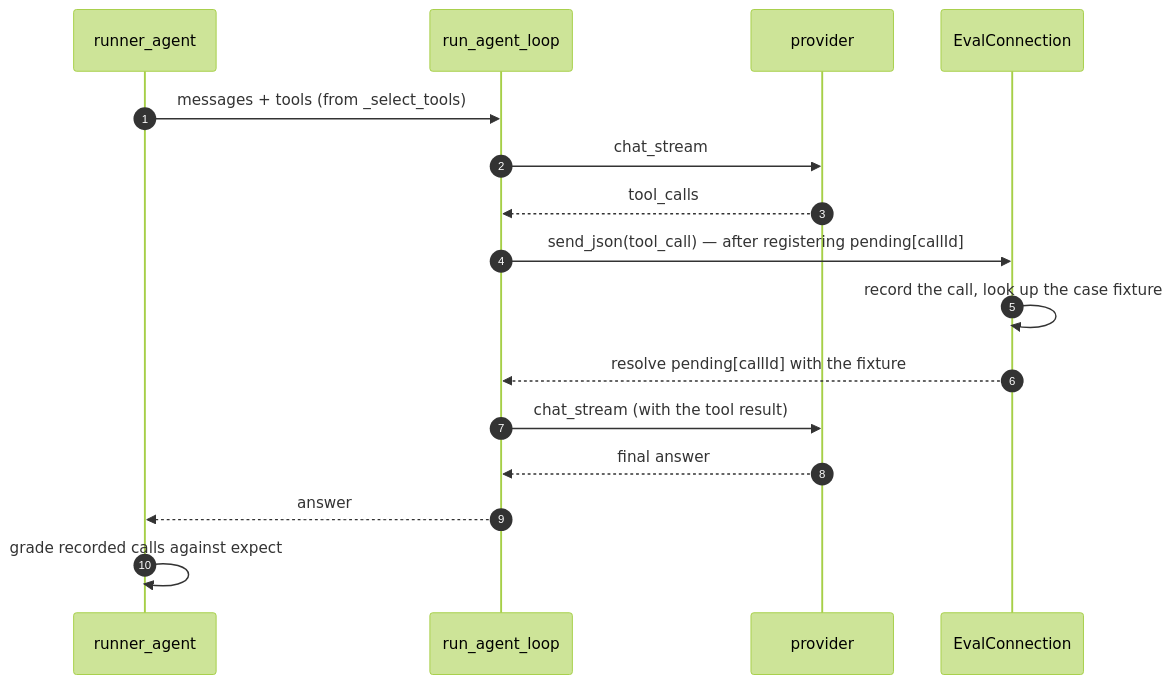
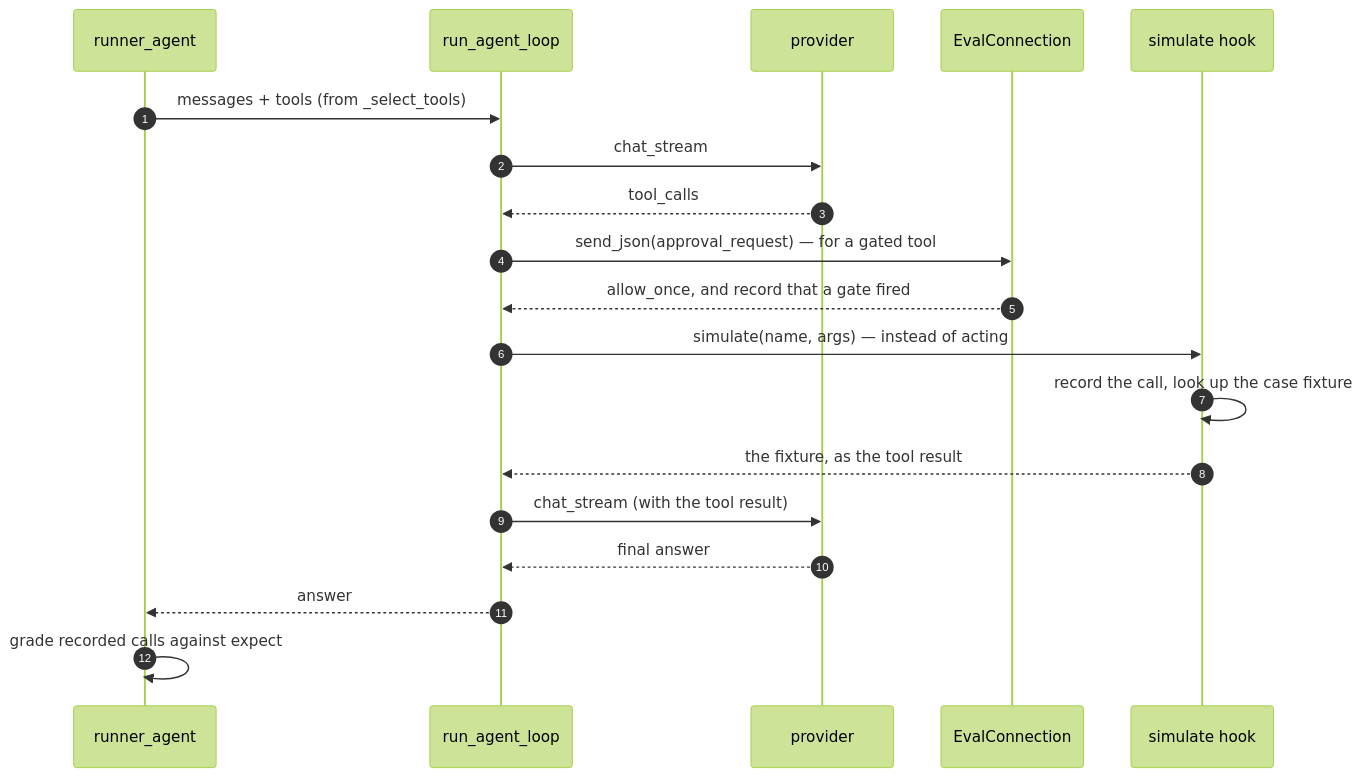
Before and after one commit to ConstCorrectness/horrible-dashboard: the diagram in docs/modules/evals.mdx, drawn with Mermaid (forest theme). The commit also changed other lines of this file and 3 other files, not shown here.

````diff
--- a/docs/modules/evals.mdx
+++ b/docs/modules/evals.mdx
@@ -40,18 +40,21 @@
 ```mermaid
 sequenceDiagram
     autonumber
     participant R as runner_agent
     participant L as run_agent_loop
     participant P as provider
     participant C as EvalConnection
+    participant S as simulate hook
     R->>L: messages + tools (from _select_tools)
     L->>P: chat_stream
     P-->>L: tool_calls
-    L->>C: send_json(tool_call) — after registering pending[callId]
-    C->>C: record the call, look up the case fixture
-    C-->>L: resolve pending[callId] with the fixture
+    L->>C: send_json(approval_request) — for a gated tool
+    C-->>L: allow_once, and record that a gate fired
+    L->>S: simulate(name, args) — instead of acting
+    S->>S: record the call, look up the case fixture
+    S-->>L: the fixture, as the tool result
     L->>P: chat_stream (with the tool result)
     P-->>L: final answer
     L-->>R: answer
     R->>R: grade recorded calls against expect
 ```
````
